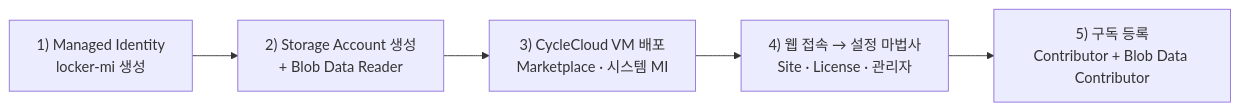
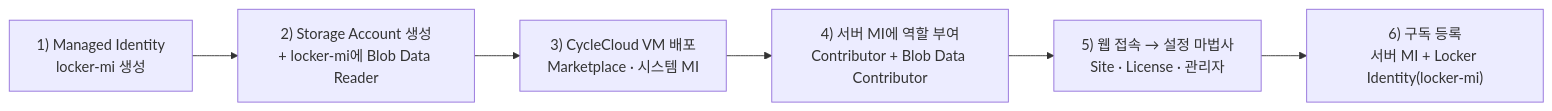
One commit to johklo/azure-cyclecloud-msp-training changed the diagram in docs/03-신규-클러스터-생성.md. Above: the diagram before and after it, drawn with Mermaid. The commit also changed other lines of this file, not shown here.

First line of the commit message:
docs(03): add explicit step 3.1 §4 granting server MI Contributor + Blob Data Contributor

````diff
--- a/docs/03-신규-클러스터-생성.md
+++ b/docs/03-신규-클러스터-생성.md
@@ -13,7 +13,8 @@
 ```mermaid
 flowchart LR
-    A["1) Managed Identity<br/>locker-mi 생성"] --> B["2) Storage Account 생성<br/>+ Blob Data Reader"]
+    A["1) Managed Identity<br/>locker-mi 생성"] --> B["2) Storage Account 생성<br/>+ locker-mi에 Blob Data Reader"]
     B --> C["3) CycleCloud VM 배포<br/>Marketplace · 시스템 MI"]
-    C --> D["4) 웹 접속 → 설정 마법사<br/>Site · License · 관리자"]
-    D --> E["5) 구독 등록<br/>Contributor + Blob Data Contributor"]
+    C --> F["4) 서버 MI에 역할 부여<br/>Contributor + Blob Data Contributor"]
+    F --> D["5) 웹 접속 → 설정 마법사<br/>Site · License · 관리자"]
+    D --> E["6) 구독 등록<br/>서버 MI + Locker Identity(locker-mi)"]
 ```
````
